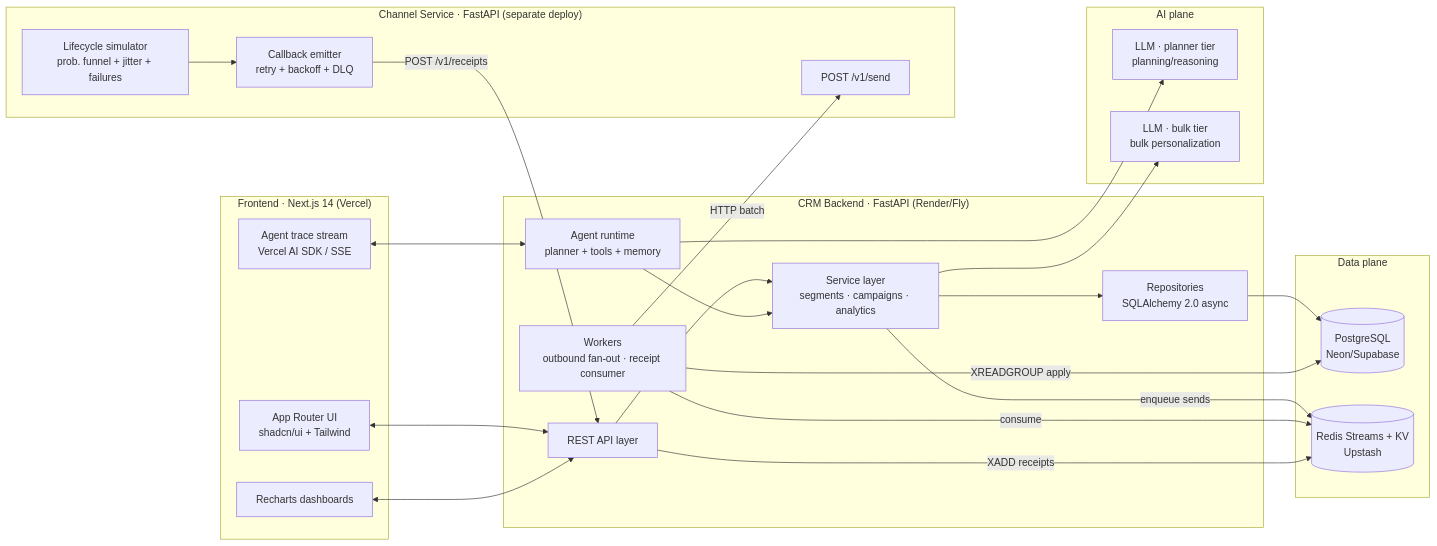
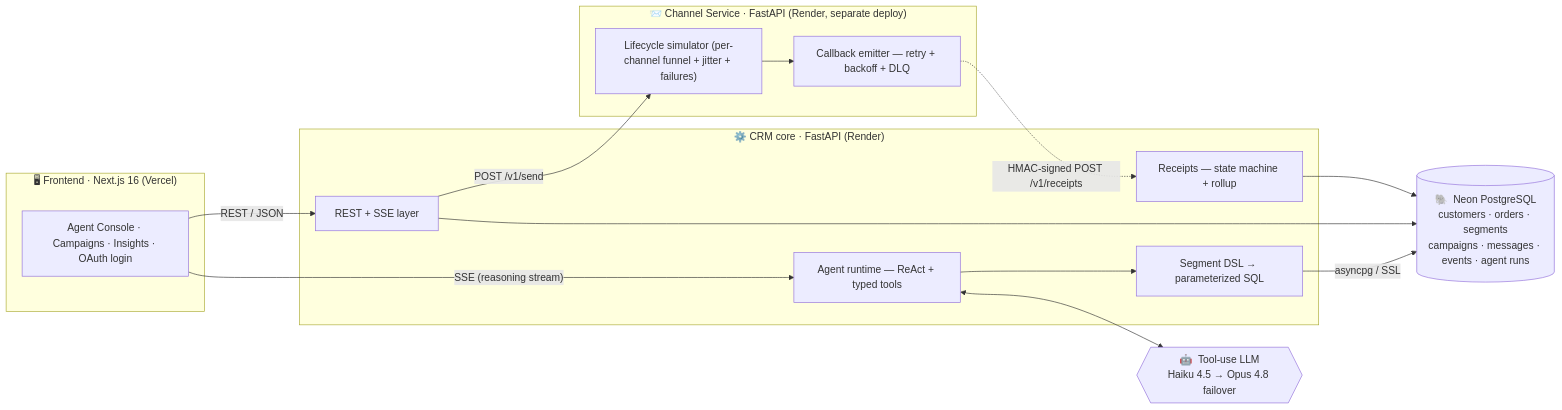
One commit to blazingarrows1525/xeno-sde changed the first of 6 diagrams in BLUEPRINT.md. Above: the diagram before and after it, drawn with Mermaid. The commit also changed other lines of this file and 3 other files, not shown here.

````diff
--- a/BLUEPRINT.md
+++ b/BLUEPRINT.md
@@ -232,46 +87,32 @@
 ```mermaid
 flowchart LR
-    subgraph CLIENT["Frontend · Next.js 14 (Vercel)"]
-        UI[App Router UI<br/>shadcn/ui + Tailwind]
-        SSE[Agent trace stream<br/>Vercel AI SDK / SSE]
-        RC[Recharts dashboards]
+    subgraph CLIENT["🖥  Frontend · Next.js 16 (Vercel)"]
+        UI["Agent Console · Campaigns · Insights · OAuth login"]
     end
 
-    subgraph CRM["CRM Backend · FastAPI (Render/Fly)"]
-        API[REST API layer]
-        SVC[Service layer<br/>segments · campaigns · analytics]
-        AGT[Agent runtime<br/>planner + tools + memory]
-        REPO[Repositories<br/>SQLAlchemy 2.0 async]
-        WRK[Workers<br/>outbound fan-out · receipt consumer]
+    subgraph CRM["⚙️  CRM core · FastAPI (Render)"]
+        API["REST + SSE layer"]
+        AGT["Agent runtime — ReAct + typed tools"]
+        DSL["Segment DSL → parameterized SQL"]
+        RCPT["Receipts — state machine + rollup"]
     end
 
-    subgraph CHSVC["Channel Service · FastAPI (separate deploy)"]
-        SEND[POST /v1/send]
-        SIM[Lifecycle simulator<br/>prob. funnel + jitter + failures]
-        CB[Callback emitter<br/>retry + backoff + DLQ]
+    subgraph CHSVC["📨  Channel Service · FastAPI (Render, separate deploy)"]
+        SIM["Lifecycle simulator (per-channel funnel + jitter + failures)"]
+        CB["Callback emitter — retry + backoff + DLQ"]
     end
 
-    subgraph DATA["Data plane"]
-        PG[(PostgreSQL<br/>Neon/Supabase)]
-        RS[(Redis Streams + KV<br/>Upstash)]
-    end
+    DB[("🐘  Neon PostgreSQL<br/>customers · orders · segments<br/>campaigns · messages · events · agent runs")]
+    LLM{{"🤖  Tool-use LLM<br/>Haiku 4.5 → Opus 4.8 failover"}}
 
-    subgraph AI["AI plane"]
-        OPUS[LLM · planner tier<br/>planning/reasoning]
-        HAIKU[LLM · bulk tier<br/>bulk personalization]
-    end
-
-    UI <--> API
-    SSE <--> AGT
-    RC <--> API
-    API --> SVC --> REPO --> PG
-    AGT --> OPUS
-    AGT --> SVC
-    SVC --> HAIKU
-    SVC -->|enqueue sends| RS
-    WRK -->|consume| RS
-    WRK -->|HTTP batch| SEND
-    SIM --> CB -->|POST /v1/receipts| API
-    API -->|XADD receipts| RS
-    WRK -->|XREADGROUP apply| PG
+    UI -- "SSE (reasoning stream)" --> AGT
+    UI -- "REST / JSON" --> API
+    AGT <--> LLM
+    AGT --> DSL
+    DSL -- "asyncpg / SSL" --> DB
+    API --> DB
+    RCPT --> DB
+    API -- "POST /v1/send" --> SIM
+    SIM --> CB
+    CB -. "HMAC-signed POST /v1/receipts" .-> RCPT
 ```
````
